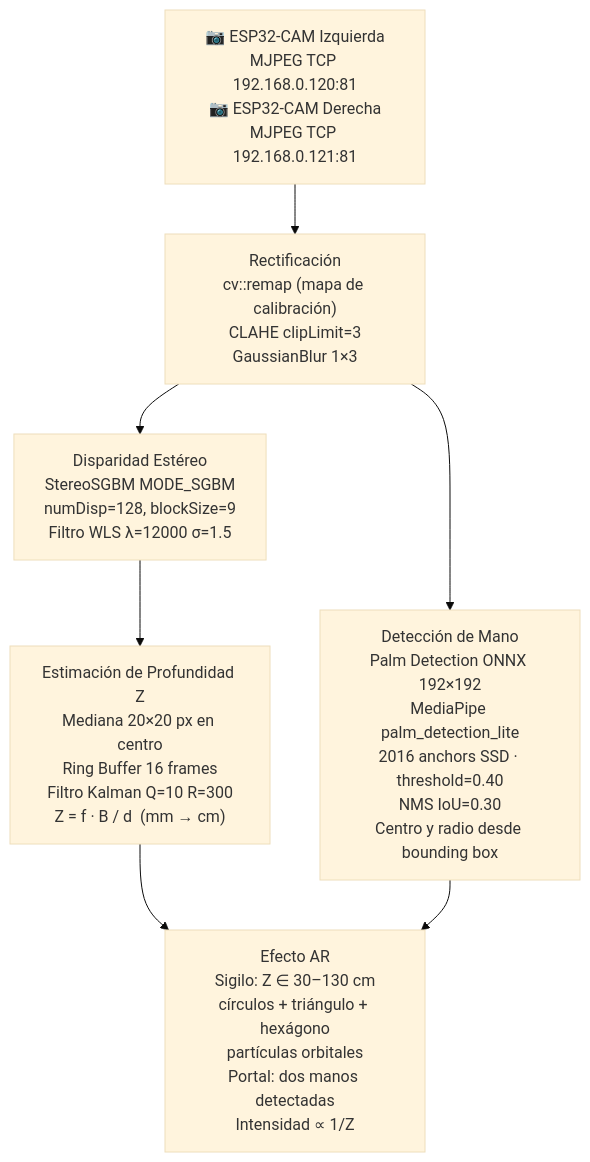
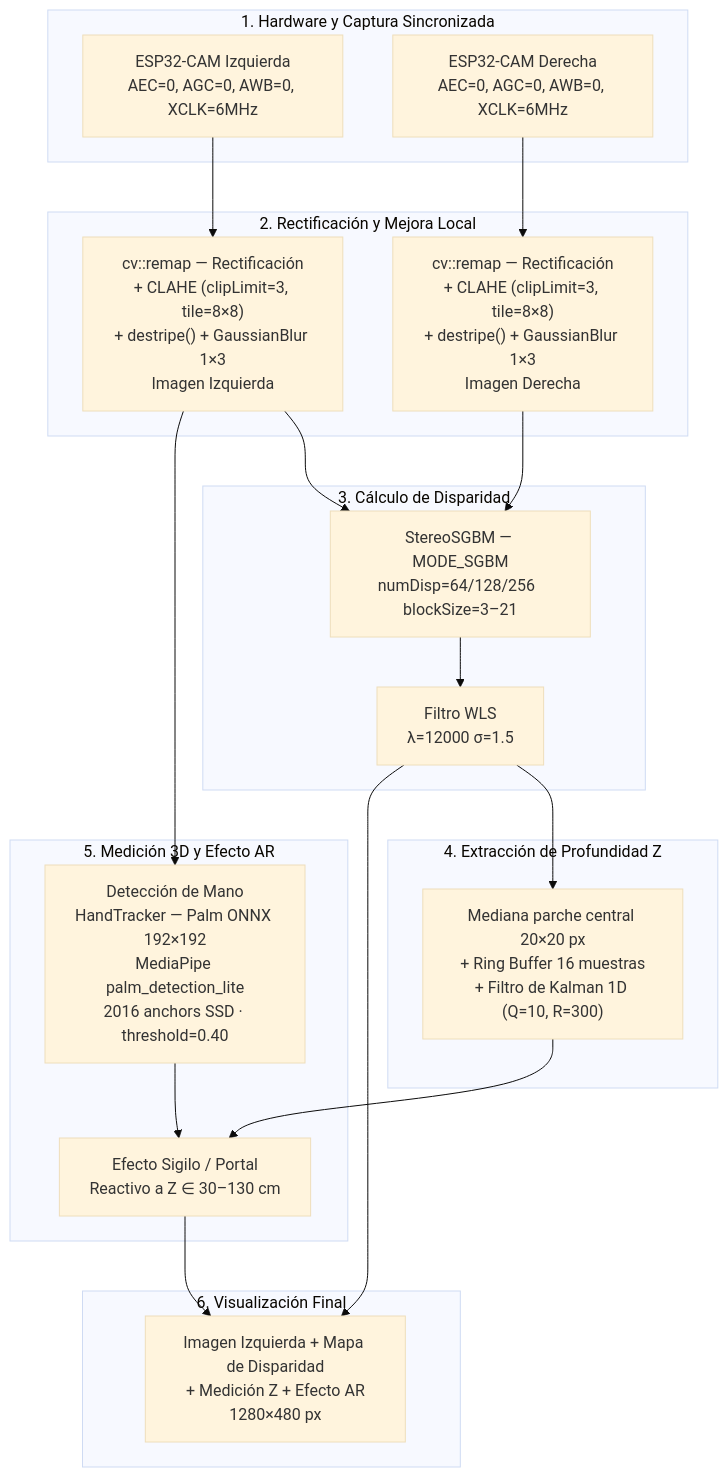
The diagram in Proyecto final V2/diagrama_pipeline.md (PaulSebastian9720/Computer_Vision_Portfolio), drawn with Mermaid (base theme) before and after one commit.

Commit message:
Diagrama

````diff
--- a/Proyecto final V2/diagrama_pipeline.md
+++ b/Proyecto final V2/diagrama_pipeline.md
@@ -3,21 +3,42 @@
 ```mermaid
 flowchart TD
-    A["📷 ESP32-CAM Izquierda\nMJPEG TCP 192.168.0.120:81\n📷 ESP32-CAM Derecha\nMJPEG TCP 192.168.0.121:81"]
+    subgraph HW["1. Hardware y Captura Sincronizada"]
+        L["ESP32-CAM Izquierda\nAEC=0, AGC=0, AWB=0, XCLK=6MHz"]
+        R["ESP32-CAM Derecha\nAEC=0, AGC=0, AWB=0, XCLK=6MHz"]
+    end
 
-    B["Rectificación\ncv::remap (mapa de calibración)\nCLAHE clipLimit=3\nGaussianBlur 1×3"]
+    subgraph PROC["2. Rectificación y Mejora Local"]
+        RL["cv::remap — Rectificación\n+ CLAHE (clipLimit=3, tile=8×8)\n+ destripe() + GaussianBlur 1×3\nImagen Izquierda"]
+        RR["cv::remap — Rectificación\n+ CLAHE (clipLimit=3, tile=8×8)\n+ destripe() + GaussianBlur 1×3\nImagen Derecha"]
+    end
 
-    C["Disparidad Estéreo\nStereoSGBM MODE_SGBM\nnumDisp=128, blockSize=9\nFiltro WLS λ=12000 σ=1.5"]
+    subgraph DISP["3. Cálculo de Disparidad"]
+        SGBM["StereoSGBM — MODE_SGBM\nnumDisp=64/128/256  blockSize=3–21"]
+        WLS["Filtro WLS\nλ=12000  σ=1.5"]
+    end
 
-    D["Estimación de Profundidad Z\nMediana 20×20 px en centro\nRing Buffer 16 frames\nFiltro Kalman Q=10 R=300\nZ = f · B / d  (mm → cm)"]
+    subgraph DEPTH["4. Extracción de Profundidad Z"]
+        D["Mediana parche central 20×20 px\n+ Ring Buffer 16 muestras\n+ Filtro de Kalman 1D (Q=10, R=300)"]
+    end
 
-    E["Detección de Mano\nPalm Detection ONNX 192×192\nMediaPipe palm_detection_lite\n2016 anchors SSD · threshold=0.40\nNMS IoU=0.30\nCentro y radio desde bounding box"]
+    subgraph AR["5. Medición 3D y Efecto AR"]
+        H["Detección de Mano\nHandTracker — Palm ONNX 192×192\nMediaPipe palm_detection_lite\n2016 anchors SSD · threshold=0.40"]
+        E["Efecto Sigilo / Portal\nReactivo a Z ∈ 30–130 cm"]
+    end
 
-    F["Efecto AR\nSigilo: Z ∈ 30–130 cm\ncírculos + triángulo + hexágono\npartículas orbitales\nPortal: dos manos detectadas\nIntensidad ∝ 1/Z"]
+    subgraph VIS["6. Visualización Final"]
+        OUT["Imagen Izquierda + Mapa de Disparidad\n+ Medición Z + Efecto AR\n1280×480 px"]
+    end
 
-    A --> B
-    B --> C
-    C --> D
-    B --> E
-    D --> F
-    E --> F
+    L --> RL
+    R --> RR
+    RL --> SGBM
+    RR --> SGBM
+    SGBM --> WLS
+    WLS --> D
+    D --> E
+    RL --> H
+    H --> E
+    E --> OUT
+    WLS --> OUT
 ```
````
